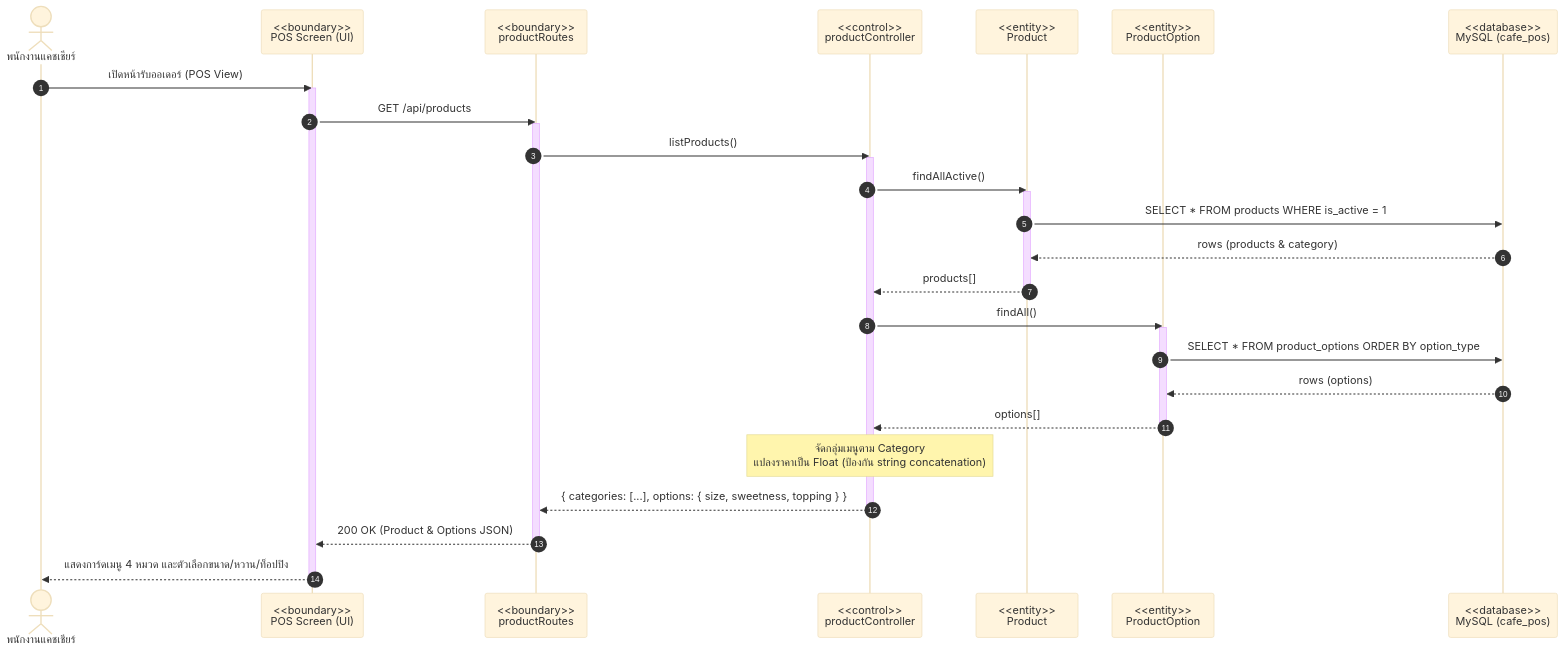
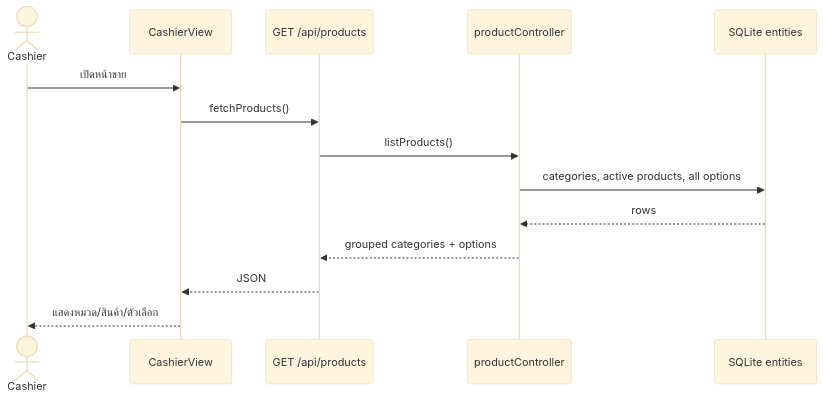
Before and after one commit to Wara197/khon-thai-ok-ma-bon-si-farang-ok-ma-bon-su-cafe-system: the first of 5 diagrams in docs/wk09-sequence-diagram.md, drawn with Mermaid (base theme). The commit also changed other lines of this file and 24 other files, not shown here.

````diff
--- a/docs/wk09-sequence-diagram.md
+++ b/docs/wk09-sequence-diagram.md
@@ -56,41 +8,16 @@
 ```mermaid
 sequenceDiagram
-    autonumber
-    actor Cashier as พนักงานแคชเชียร์
-    participant Screen as <<boundary>><br/>POS Screen (UI)
-    participant Route as <<boundary>><br/>productRoutes
-    participant Ctrl as <<control>><br/>productController
-    participant ProdEnt as <<entity>><br/>Product
-    participant OptEnt as <<entity>><br/>ProductOption
-    participant DB as <<database>><br/>MySQL (cafe_pos)
-
-    Cashier->>Screen: เปิดหน้ารับออเดอร์ (POS View)
-    activate Screen
-    Screen->>Route: GET /api/products
-    activate Route
-    Route->>Ctrl: listProducts()
-    activate Ctrl
-
-    Ctrl->>ProdEnt: findAllActive()
-    activate ProdEnt
-    ProdEnt->>DB: SELECT * FROM products WHERE is_active = 1
-    DB-->>ProdEnt: rows (products & category)
-    ProdEnt-->>Ctrl: products[]
-    deactivate ProdEnt
-
-    Ctrl->>OptEnt: findAll()
-    activate OptEnt
-    OptEnt->>DB: SELECT * FROM product_options ORDER BY option_type
-    DB-->>OptEnt: rows (options)
-    OptEnt-->>Ctrl: options[]
-    deactivate OptEnt
-
-    Note over Ctrl: จัดกลุ่มเมนูตาม Category<br/>แปลงราคาเป็น Float (ป้องกัน string concatenation)
-    Ctrl-->>Route: { categories: [...], options: { size, sweetness, topping } }
-    deactivate Ctrl
-    Route-->>Screen: 200 OK (Product & Options JSON)
-    deactivate Route
-
-    Screen-->>Cashier: แสดงการ์ดเมนู 4 หมวด และตัวเลือกขนาด/หวาน/ท็อปปิง
-    deactivate Screen
+  actor Cashier
+  participant UI as CashierView
+  participant API as GET /api/products
+  participant Controller as productController
+  participant DB as SQLite entities
+  Cashier->>UI: เปิดหน้าขาย
+  UI->>API: fetchProducts()
+  API->>Controller: listProducts()
+  Controller->>DB: categories, active products, all options
+  DB-->>Controller: rows
+  Controller-->>API: grouped categories + options
+  API-->>UI: JSON
+  UI-->>Cashier: แสดงหมวด/สินค้า/ตัวเลือก
 ```
````
